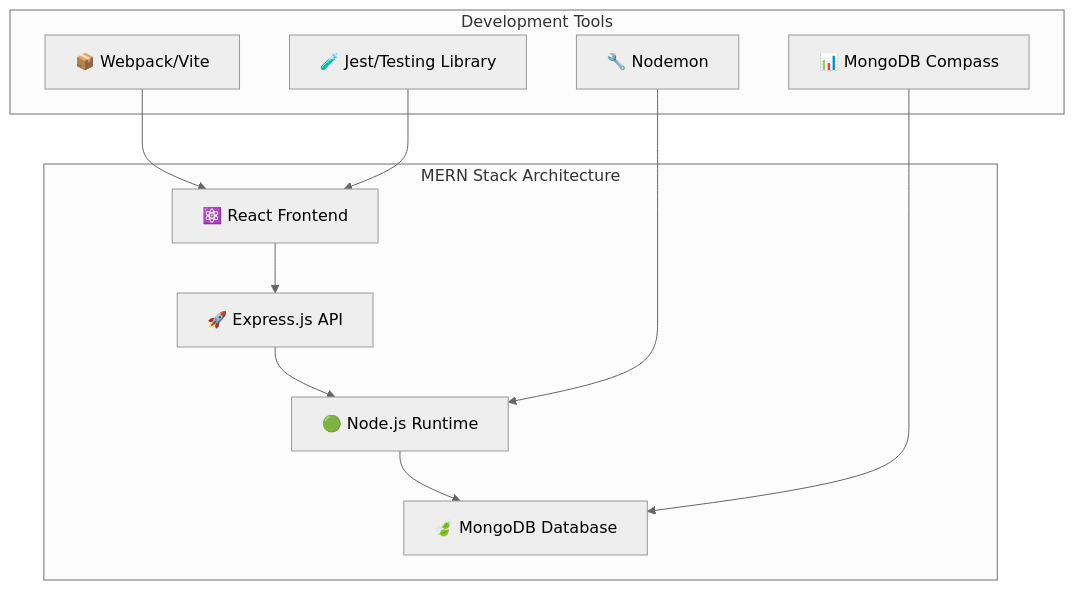
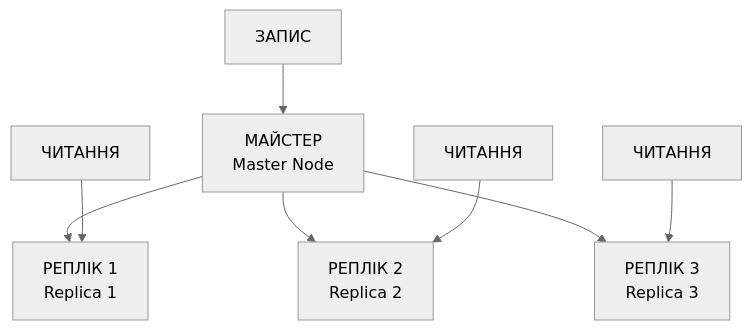
Before and after one commit to olroi421/course-bd: the ninth of 12 diagrams in docs/lectures/lecture-01.md, drawn with Mermaid (neutral theme). The commit also changed other lines of this file and 1 other file, not shown here.

````diff
--- a/docs/lectures/lecture-01.md
+++ b/docs/lectures/lecture-01.md
@@ -1170,15 +1149,11 @@
 ```mermaid
 graph TB
-    subgraph "MERN Stack Architecture"
-        A[⚛️ React Frontend] --> B[🚀 Express.js API]
-        B --> C[🟢 Node.js Runtime]
-        C --> D[🍃 MongoDB Database]
-    end
+    A[МАЙСТЕР<br/>Master Node] --> B[РЕПЛІК 1<br/>Replica 1]
+    A --> C[РЕПЛІК 2<br/>Replica 2]
+    A --> D[РЕПЛІК 3<br/>Replica 3]
 
-    subgraph "Development Tools"
-        E[📦 Webpack/Vite] --> A
-        F[🔧 Nodemon] --> C
-        G[🧪 Jest/Testing Library] --> A
-        H[📊 MongoDB Compass] --> D
-    end
+    E[ЗАПИС] --> A
+    F[ЧИТАННЯ] --> B
+    G[ЧИТАННЯ] --> C
+    H[ЧИТАННЯ] --> D
 ```
````
